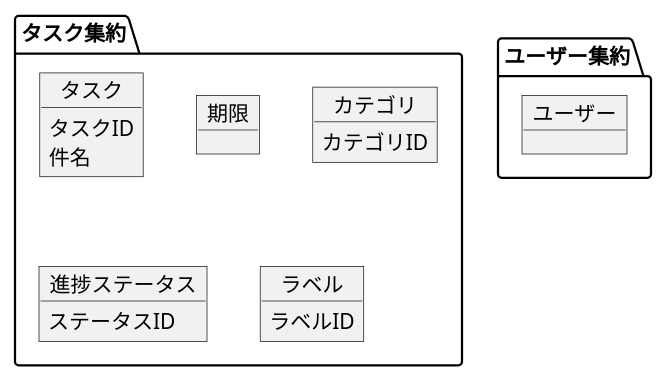
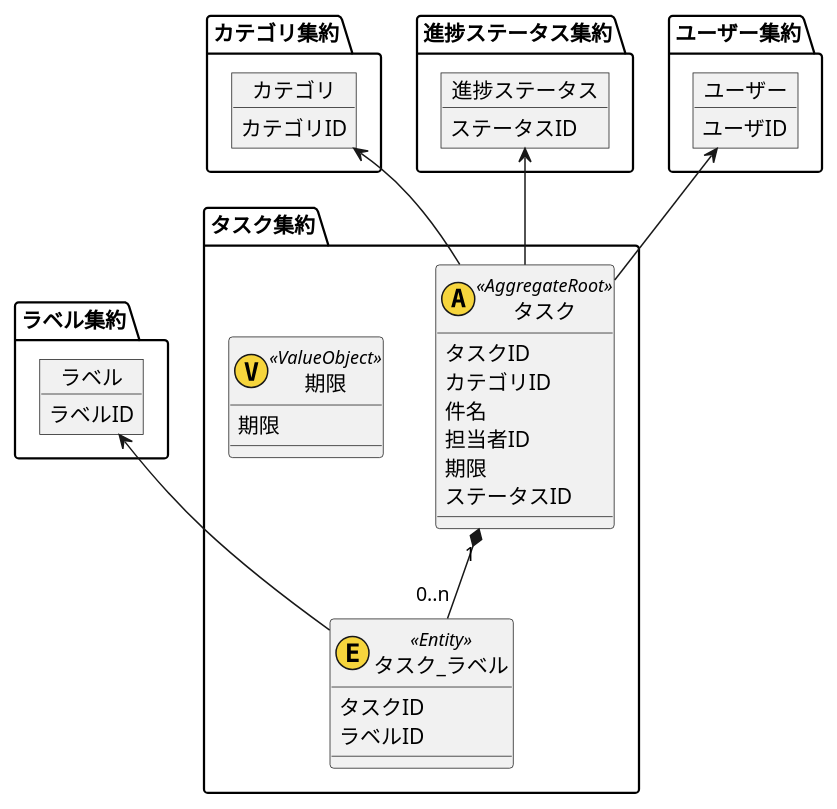
One commit to s-koyanagi/dev-document changed the diagram in 01_ToDoApp/01_DDD/03_DomainModel/uml.pu. Above: the diagram before and after it, drawn with PlantUML.

Commit message:
fix domain model

```diff
--- a/01_ToDoApp/01_DDD/03_DomainModel/uml.pu
+++ b/01_ToDoApp/01_DDD/03_DomainModel/uml.pu
@@ -1,26 +1,49 @@
 @startuml
 package タスク集約 {
-    object タスク {
+    class タスク << (A,#f6d53d) AggregateRoot>>{
         タスクID
+        カテゴリID
         件名
+        担当者ID
+        期限
+        ステータスID
     }
-    object 期限 {
+    class 期限 << (V,#f6d53d) ValueObject>> {
+        期限
     }
+    class タスク_ラベル << (E,#f6d53d) Entity>> {
+        タスクID
+        ラベルID
+    }
+}
+
+package カテゴリ集約 {
     object カテゴリ {
         カテゴリID
     }
+}
+
+package 進捗ステータス集約 {
     object 進捗ステータス {
         ステータスID
     }
+}
+
+package ラベル集約 {
     object ラベル {
         ラベルID
     }
 }
 
 package ユーザー集約 {
     object ユーザー {
+        ユーザID
     }
 }
 
-
+ユーザー <-- タスク
+進捗ステータス <-- タスク
+カテゴリ <-- タスク
+タスク "1" *-- "0..n" タスク_ラベル
+ラベル <-- タスク_ラベル
 @enduml
```
